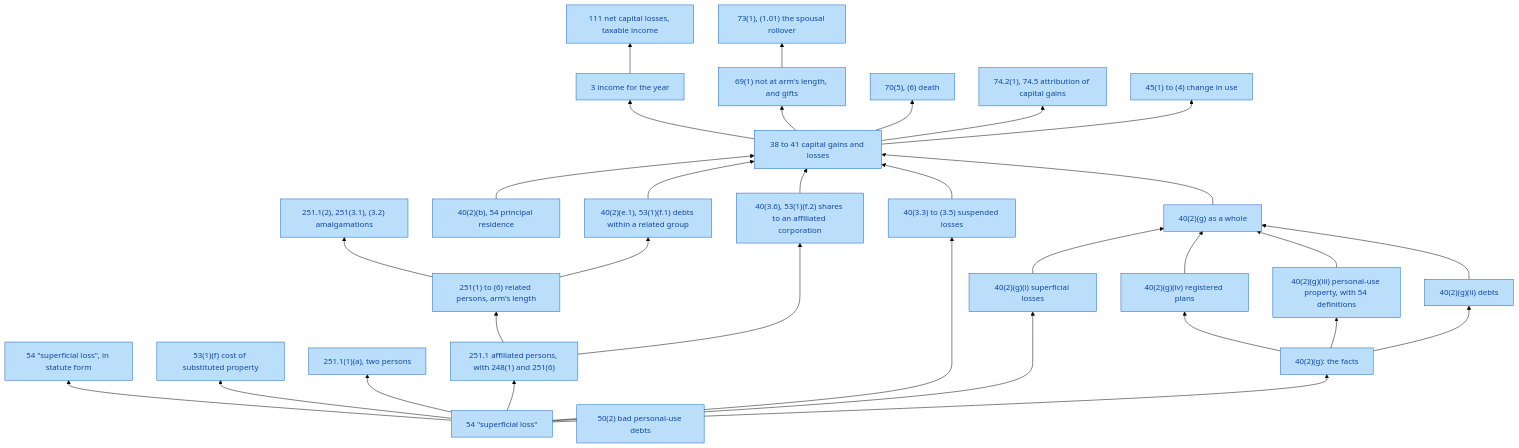
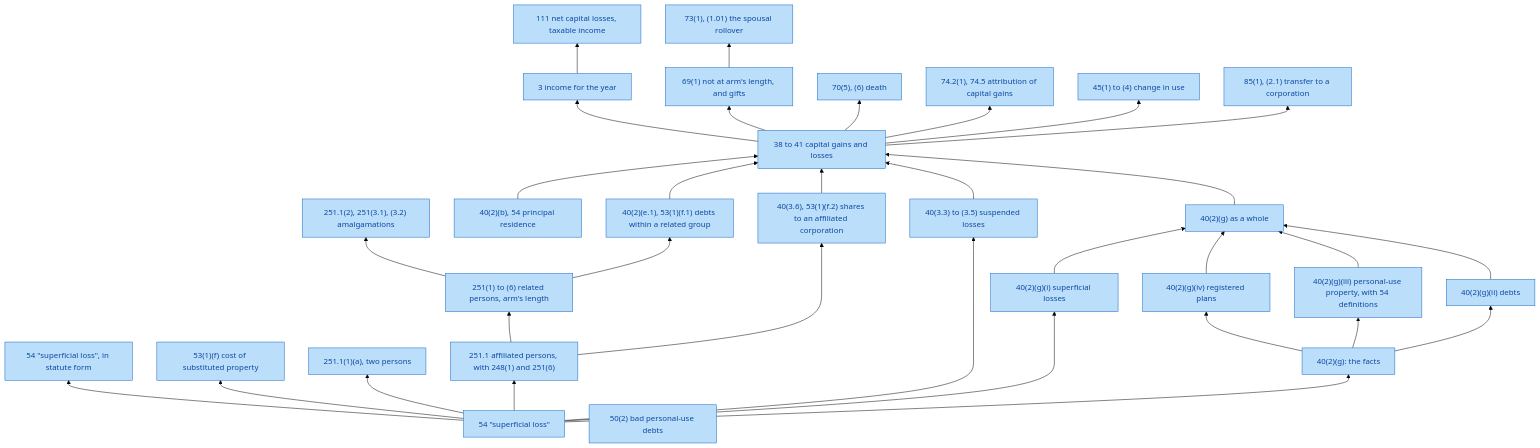
Before and after one commit to SeanWMurray/Canteen: the diagram in docs/graphs/provisions.md, drawn with Mermaid (forest theme). The commit also changed 16 other files, not shown here.

````diff
--- a/docs/graphs/provisions.md
+++ b/docs/graphs/provisions.md
@@ -7,60 +7,62 @@
 ```mermaid
 flowchart BT
   v0["54 #quot;superficial loss#quot;"]:::prov
   v1["40(2)(g)(i) superficial losses"]:::prov
   v2["54 #quot;superficial loss#quot;, in statute form"]:::prov
   v3["53(1)(f) cost of substituted property"]:::prov
   v4["251.1(1)(a), two persons"]:::prov
   v5["251.1 affiliated persons, with 248(1) and 251(6)"]:::prov
   v6["251(1) to (6) related persons, arm's length"]:::prov
   v7["251.1(2), 251(3.1), (3.2) amalgamations"]:::prov
   v8["40(2)(g): the facts"]:::prov
   v9["40(2)(g)(ii) debts"]:::prov
   v10["40(2)(g)(iii) personal-use property, with 54 definitions"]:::prov
   v11["40(2)(g)(iv) registered plans"]:::prov
   v12["40(2)(g) as a whole"]:::prov
   v13["40(3.3) to (3.5) suspended losses"]:::prov
   v14["40(3.6), 53(1)(f.2) shares to an affiliated corporation"]:::prov
   v15["40(2)(e.1), 53(1)(f.1) debts within a related group"]:::prov
   v16["40(2)(b), 54 principal residence"]:::prov
   v17["38 to 41 capital gains and losses"]:::prov
   v18["3 income for the year"]:::prov
   v19["111 net capital losses, taxable income"]:::prov
   v20["69(1) not at arm's length, and gifts"]:::prov
   v21["73(1), (1.01) the spousal rollover"]:::prov
   v22["70(5), (6) death"]:::prov
   v23["74.2(1), 74.5 attribution of capital gains"]:::prov
   v24["45(1) to (4) change in use"]:::prov
-  v25["50(2) bad personal-use debts"]:::prov
+  v25["85(1), (2.1) transfer to a corporation"]:::prov
+  v26["50(2) bad personal-use debts"]:::prov
   v0 --> v1
   v0 --> v2
   v0 --> v3
   v0 --> v4
   v0 --> v5
   v5 --> v6
   v6 --> v7
   v0 --> v8
   v8 --> v9
   v8 --> v10
   v8 --> v11
   v9 --> v12
   v10 --> v12
   v11 --> v12
   v1 --> v12
   v0 --> v13
   v5 --> v14
   v6 --> v15
   v12 --> v17
   v13 --> v17
   v14 --> v17
   v15 --> v17
   v16 --> v17
   v17 --> v18
   v18 --> v19
   v17 --> v20
   v20 --> v21
   v17 --> v22
   v17 --> v23
   v17 --> v24
+  v17 --> v25
   classDef prov fill:#bbdefb,stroke:#1565c0,color:#0d47a1
 ```
````
